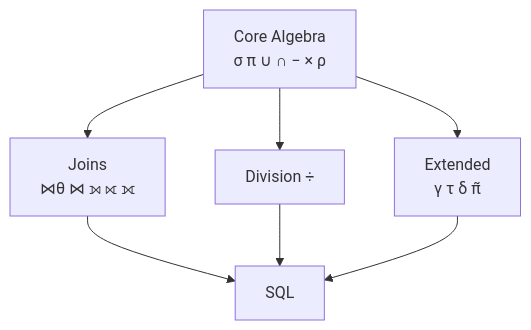
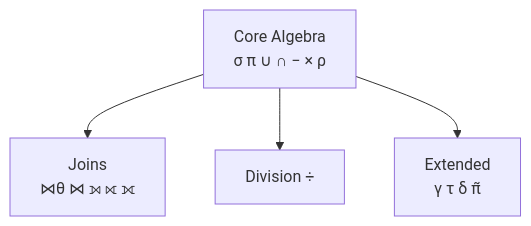
The first of 2 diagrams in lecture-outlines/day5-relational-algebra-ii/slides.md (ufdatastudio/cop5725fa26), drawn with Mermaid before and after one commit. The commit also changed other lines of this file and 1 other file, not shown here.

````diff
--- a/lecture-outlines/day5-relational-algebra-ii/slides.md
+++ b/lecture-outlines/day5-relational-algebra-ii/slides.md
@@ -43,9 +43,6 @@
 ```mermaid
 graph TD
   Core["Core Algebra<br/>σ π ∪ ∩ − × ρ"] --> Joins["Joins<br/>⋈θ ⋈ ⟕ ⟖ ⟗"]
   Core --> Div["Division ÷"]
   Core --> Ext["Extended<br/>γ τ δ π̃"]
-  Joins --> SQL["SQL"]
-  Div --> SQL
-  Ext --> SQL
 ```
````
